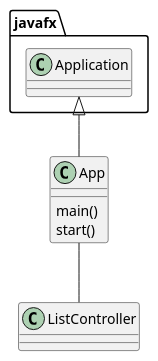
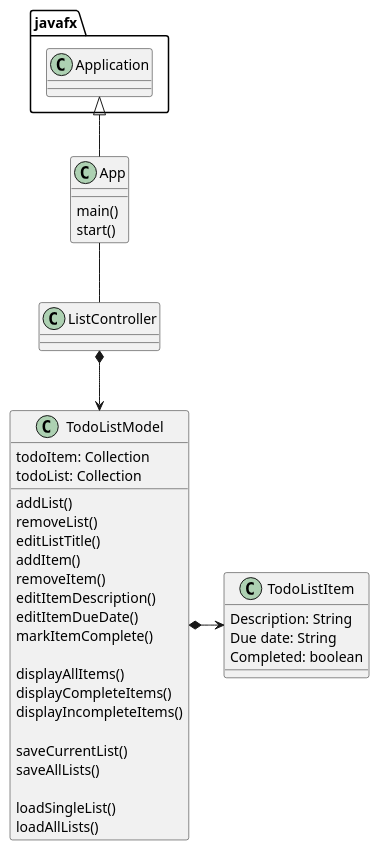
Before and after one commit to akwill47/weatherlow-cop3330-assignment4part2: the diagram in uml/AppDiagram.puml, drawn with PlantUML. The commit also changed 4 other files, not shown here.

```diff
--- a/uml/AppDiagram.puml
+++ b/uml/AppDiagram.puml
@@ -1,14 +1,49 @@
 @startuml
 'https://plantuml.com/class-diagram
 
 class App{
 main()
 start()
 }
 
+
 class ListController{
 
 }
+
+class TodoListModel{
+
+    todoItem: Collection
+    todoList: Collection
+    addList()
+    removeList()
+    editListTitle()
+    addItem()
+    removeItem()
+    editItemDescription()
+    editItemDueDate()
+    markItemComplete()
+
+    displayAllItems()
+    displayCompleteItems()
+    displayIncompleteItems()
+
+    saveCurrentList()
+    saveAllLists()
+
+    loadSingleList()
+    loadAllLists()
+
+}
+
+class TodoListItem{
+    Description: String
+    Due date: String
+    Completed: boolean
+}
+
 javafx.Application <|-- App
 App -- ListController
+ListController *--> TodoListModel
+TodoListModel *-> TodoListItem
 @enduml
```
